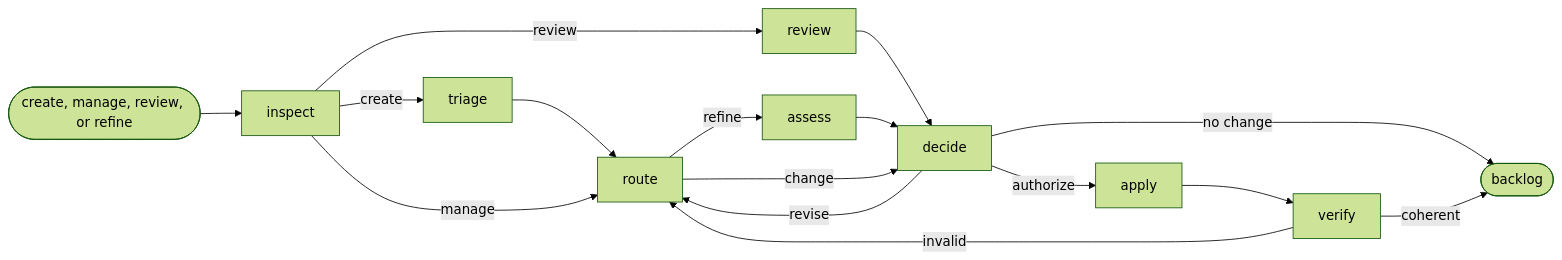
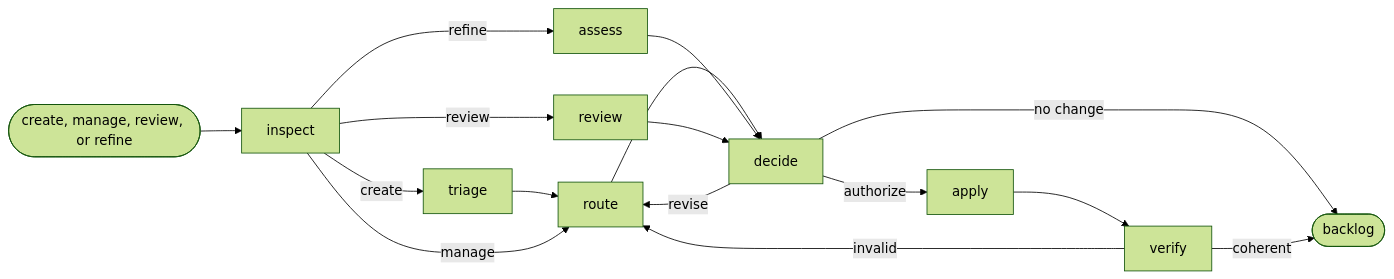
Before and after one commit to ai-driven-dev/aidd-framework: the diagram in plugins/aidd-pm/skills/00-backlog/SKILL.md, drawn with Mermaid (forest theme). The commit also changed other lines of this file and 77 other files, not shown here.

````diff
--- a/plugins/aidd-pm/skills/00-backlog/SKILL.md
+++ b/plugins/aidd-pm/skills/00-backlog/SKILL.md
@@ -9,14 +9,16 @@
 ```mermaid
 flowchart LR
-  source([create, manage, review, or refine]) --> inspect
+  intent([create, manage, review, or refine]) --> inspect
   inspect -->|"create"| triage --> route
   inspect -->|"manage"| route
-  inspect -->|"review"| review --> decide
-  route -->|"refine"| assess --> decide
-  route -->|"change"| decide
+  inspect -->|"refine"| assess
+  inspect -->|"review"| review
+  route --> decide
+  assess --> decide
+  review --> decide
   decide -->|"revise"| route
+  decide -->|"no change"| done
   decide -->|"authorize"| apply --> verify
-  decide -->|"no change"| done
   verify -->|"invalid"| route
   verify -->|"coherent"| done([backlog])
 ```
````
